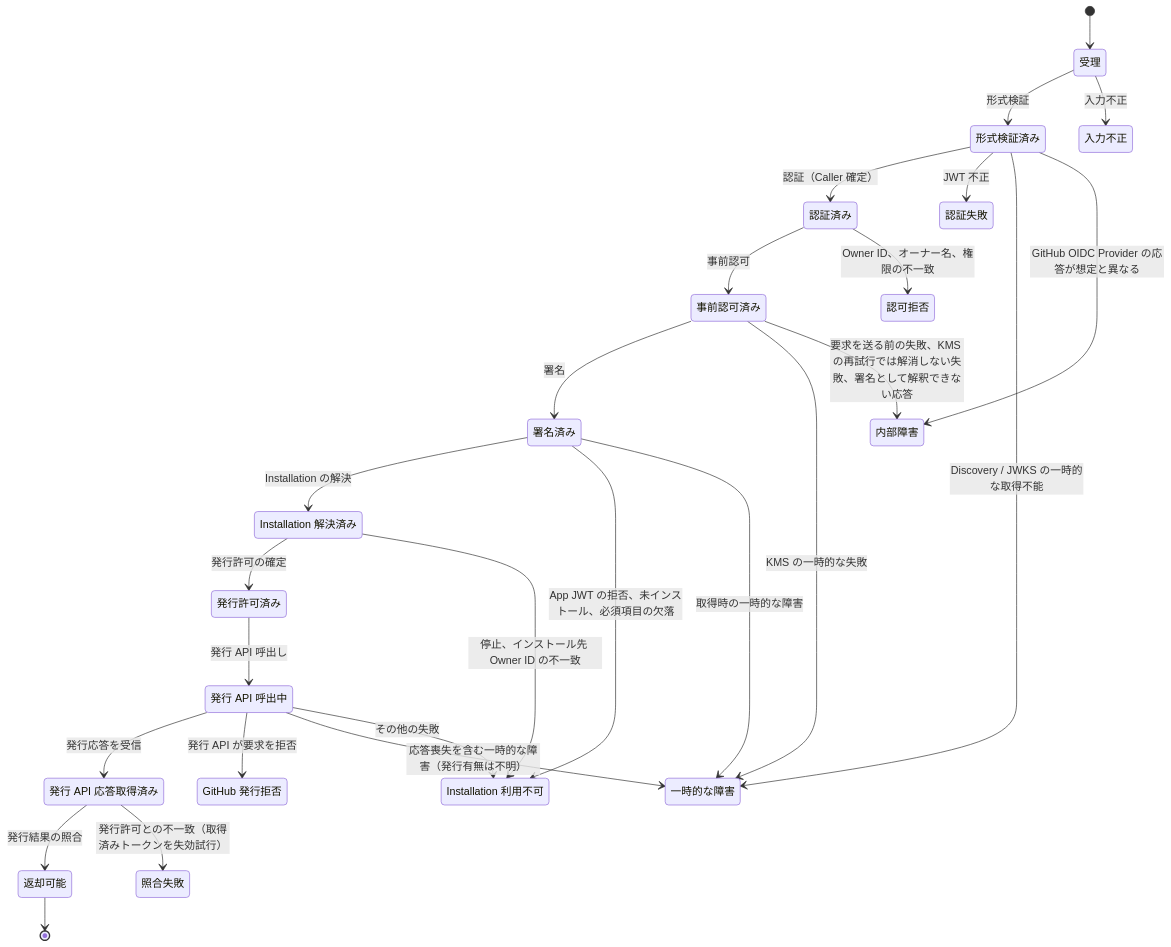
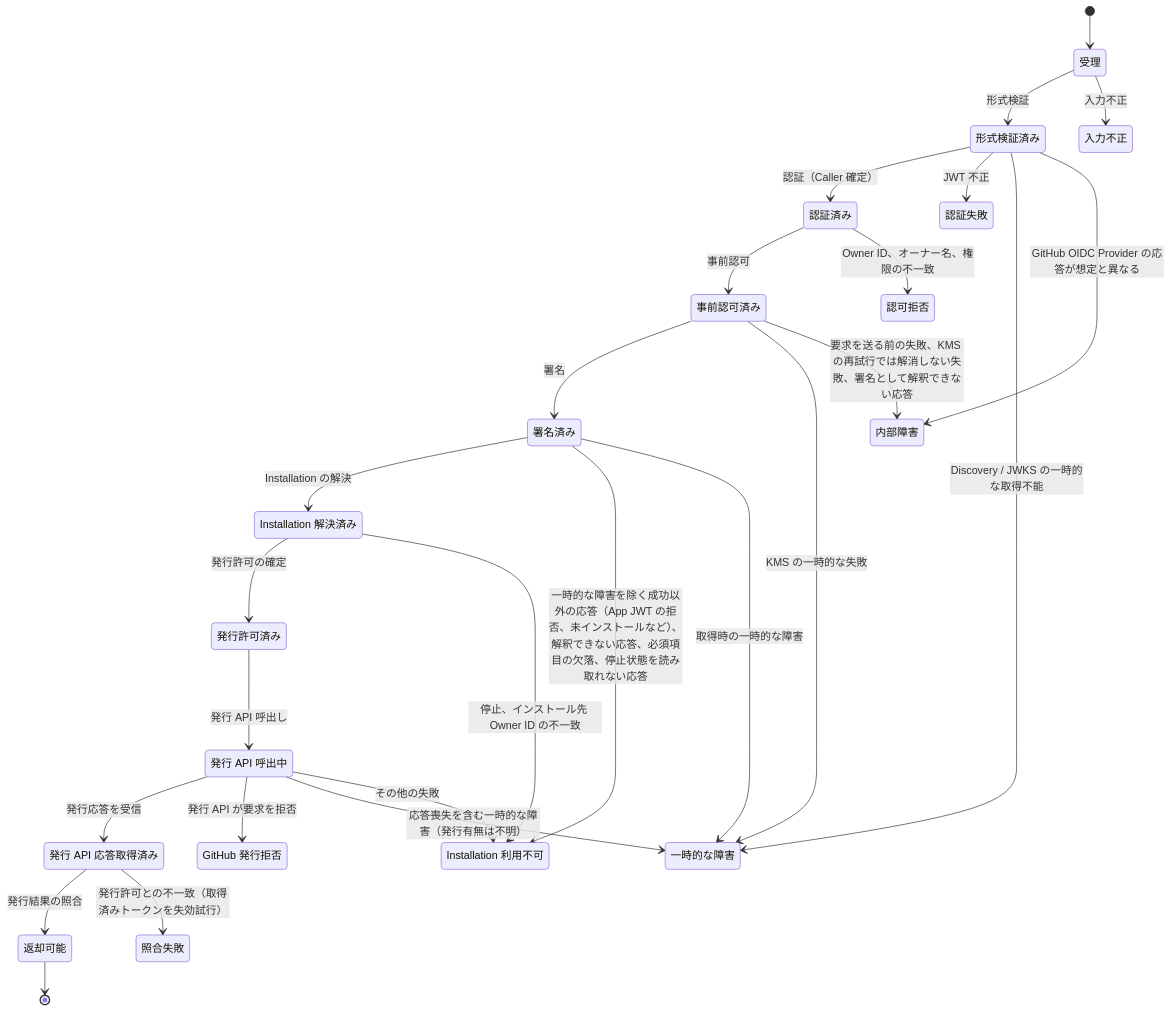
One commit to tmknom/gates changed the second of 3 diagrams in docs/design/domain.md. Above: the diagram before and after it, drawn with Mermaid. The commit also changed other lines of this file and 10 other files, not shown here.

First line of the commit message:
feat: resolve github app installation for allowed owner

````diff
--- a/docs/design/domain.md
+++ b/docs/design/domain.md
@@ -310,46 +310,46 @@
 ```mermaid
 stateDiagram-v2
   state "受理" as received
   state "形式検証済み" as validated
   state "認証済み" as authenticated
   state "事前認可済み" as preauthorized
   state "署名済み" as signed
   state "Installation 解決済み" as resolved
   state "発行許可済み" as granted
   state "発行 API 応答取得済み" as issue_responded
   state "発行 API 呼出中" as issue_requested
   state "返却可能" as returnable
   state "入力不正" as rej_request
   state "認証失敗" as rej_auth
   state "認可拒否" as rej_authz
   state "Installation 利用不可" as rej_installation
   state "GitHub 発行拒否" as rej_issue
   state "照合失敗" as rej_verify
   state "一時的な障害" as rej_transient
   state "内部障害" as rej_internal
   [*] --> received
   received --> validated : 形式検証
   received --> rej_request : 入力不正
   validated --> authenticated : 認証（Caller 確定）
   validated --> rej_auth : JWT 不正
   validated --> rej_transient : Discovery / JWKS の一時的な取得不能
   validated --> rej_internal : GitHub OIDC Provider の応答が想定と異なる
   authenticated --> preauthorized : 事前認可
   authenticated --> rej_authz : Owner ID、オーナー名、権限の不一致
   preauthorized --> signed : 署名
   preauthorized --> rej_transient : KMS の一時的な失敗
   preauthorized --> rej_internal : 要求を送る前の失敗、KMS の再試行では解消しない失敗、署名として解釈できない応答
   signed --> resolved : Installation の解決
-  signed --> rej_installation : App JWT の拒否、未インストール、必須項目の欠落
+  signed --> rej_installation : 一時的な障害を除く成功以外の応答（App JWT の拒否、未インストールなど）、解釈できない応答、必須項目の欠落、停止状態を読み取れない応答
   signed --> rej_transient : 取得時の一時的な障害
   resolved --> granted : 発行許可の確定
   resolved --> rej_installation : 停止、インストール先 Owner ID の不一致
   granted --> issue_requested : 発行 API 呼出し
   issue_requested --> issue_responded : 発行応答を受信
   issue_requested --> rej_issue : 発行 API が要求を拒否
   issue_requested --> rej_transient : 応答喪失を含む一時的な障害（発行有無は不明）
   issue_requested --> rej_installation : その他の失敗
   issue_responded --> returnable : 発行結果の照合
   issue_responded --> rej_verify : 発行許可との不一致（取得済みトークンを失効試行）
   returnable --> [*]
 ```
````
